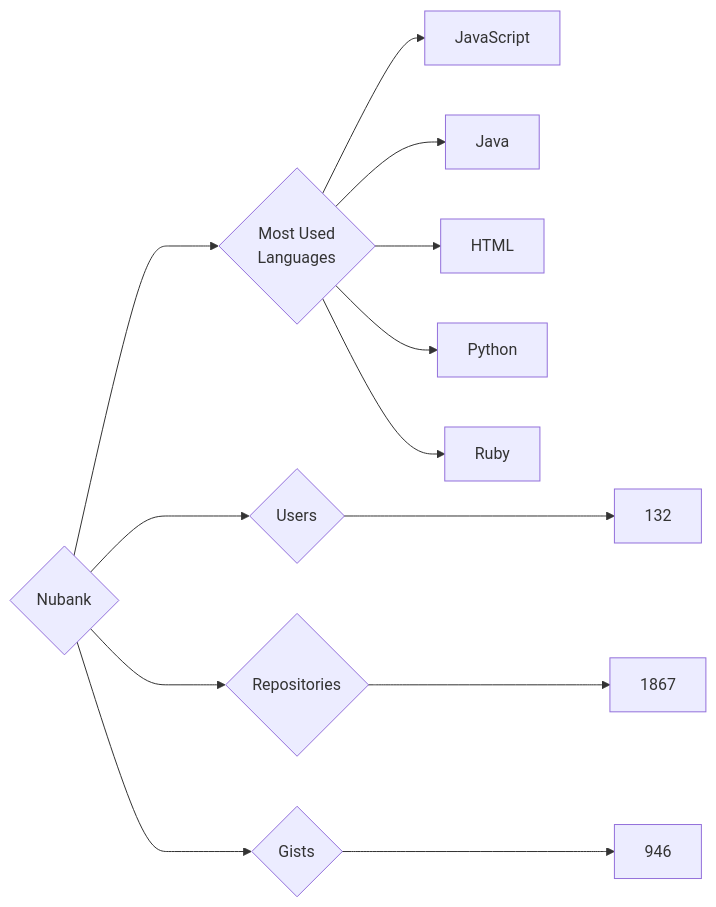
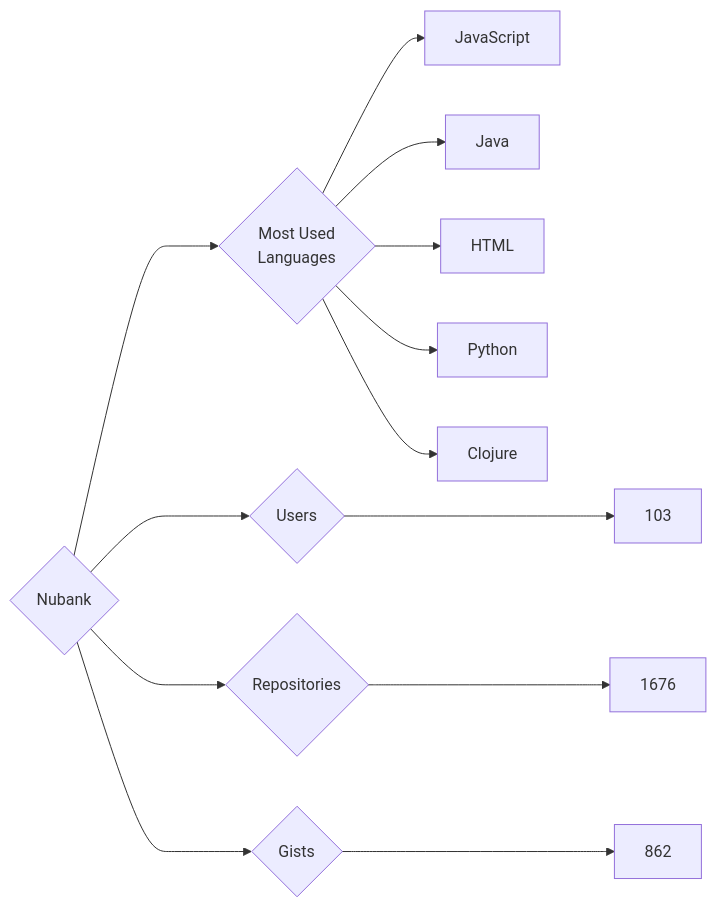
One commit to trickest/insiders changed the diagram in targets/Nubank/README.md. Above: the diagram before and after it, drawn with Mermaid. The commit also changed 964 other files, not shown here.

````diff
--- a/targets/Nubank/README.md
+++ b/targets/Nubank/README.md
@@ -3,13 +3,13 @@
 ```mermaid
 graph LR
 COMPANY_NAME{Nubank}
-COMPANY_NAME ---> U{Users} ---> UN[132]
-COMPANY_NAME ---> R{Repositories} ---> RN[1867]
-COMPANY_NAME ---> G{Gists} ---> GN[946]
+COMPANY_NAME ---> U{Users} ---> UN[103]
+COMPANY_NAME ---> R{Repositories} ---> RN[1676]
+COMPANY_NAME ---> G{Gists} ---> GN[862]
 COMPANY_NAME ---> ML{Most Used<br>Languages}
 ML --> JavaScript[JavaScript]
 ML --> Java[Java]
 ML --> HTML[HTML]
 ML --> Python[Python]
-ML --> Ruby[Ruby]
+ML --> Clojure[Clojure]
 ```
````
